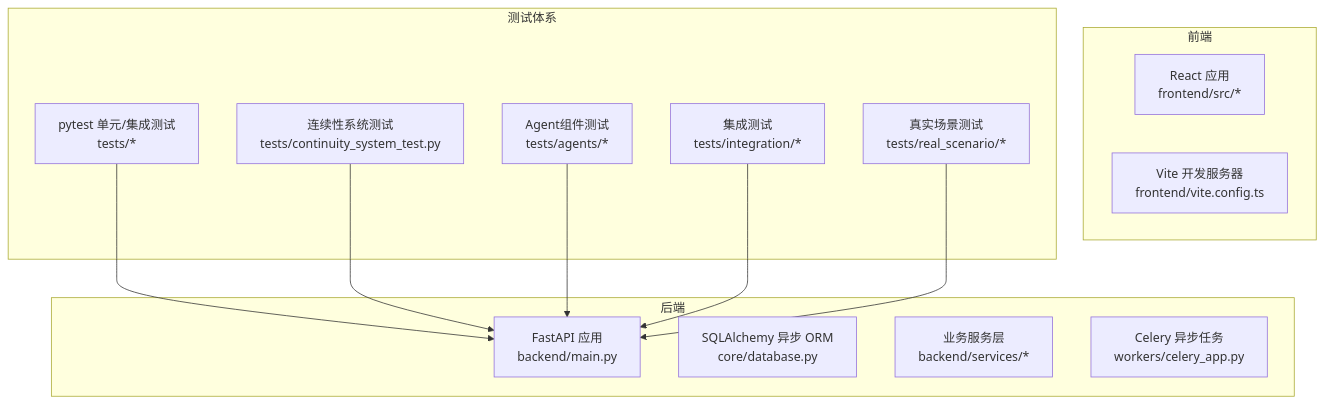
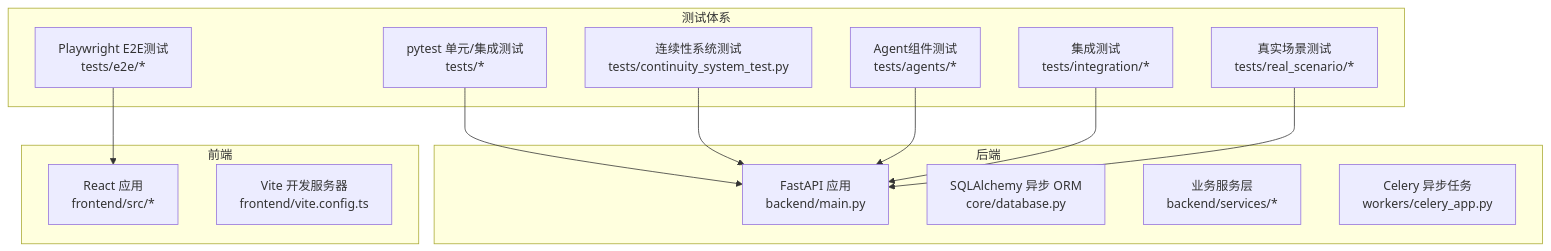
One commit to xfbyxq/ai-novel-system changed the first of 7 diagrams in .qoder/repowiki/zh/content/测试策略/测试策略.md. Above: the diagram before and after it, drawn with Mermaid. The commit also changed other lines of this file and 17 other files, not shown here.

````diff
--- a/.qoder/repowiki/zh/content/测试策略/测试策略.md
+++ b/.qoder/repowiki/zh/content/测试策略/测试策略.md
@@ -49,25 +63,27 @@
 ```mermaid
 graph TB
 subgraph "后端"
 BE_API["FastAPI 应用<br/>backend/main.py"]
 BE_DB["SQLAlchemy 异步 ORM<br/>core/database.py"]
 BE_SERVICES["业务服务层<br/>backend/services/*"]
 BE_WORKERS["Celery 异步任务<br/>workers/celery_app.py"]
 end
 subgraph "前端"
 FE_APP["React 应用<br/>frontend/src/*"]
 FE_VITE["Vite 开发服务器<br/>frontend/vite.config.ts"]
 end
 subgraph "测试体系"
 PYTEST["pytest 单元/集成测试<br/>tests/*"]
+E2E["Playwright E2E测试<br/>tests/e2e/*"]
 CONTINUITY["连续性系统测试<br/>tests/continuity_system_test.py"]
 AGENTS["Agent组件测试<br/>tests/agents/*"]
 INTEGRATION["集成测试<br/>tests/integration/*"]
 REAL_SCENARIO["真实场景测试<br/>tests/real_scenario/*"]
 end
 PYTEST --> BE_API
+E2E --> FE_APP
 CONTINUITY --> BE_API
 AGENTS --> BE_API
 INTEGRATION --> BE_API
 REAL_SCENARIO --> BE_API
 ```
````
